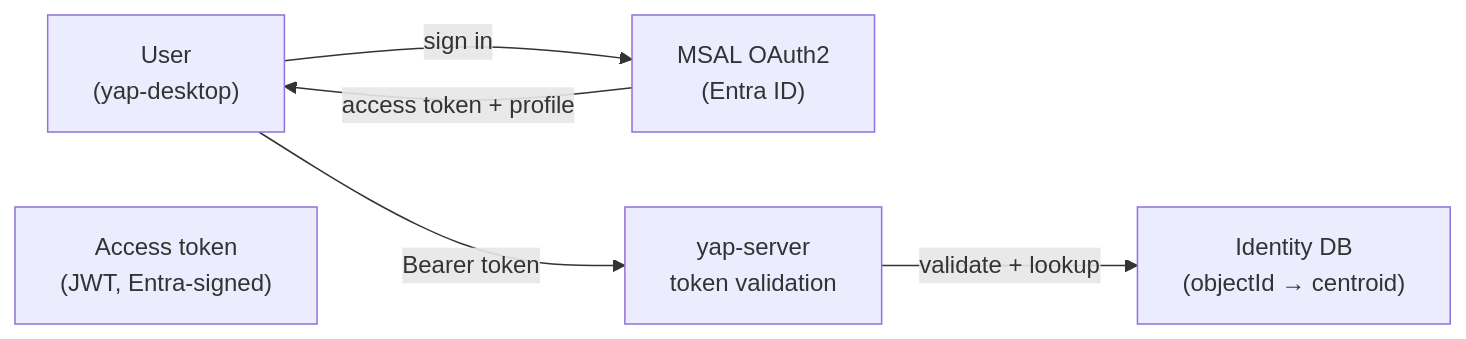
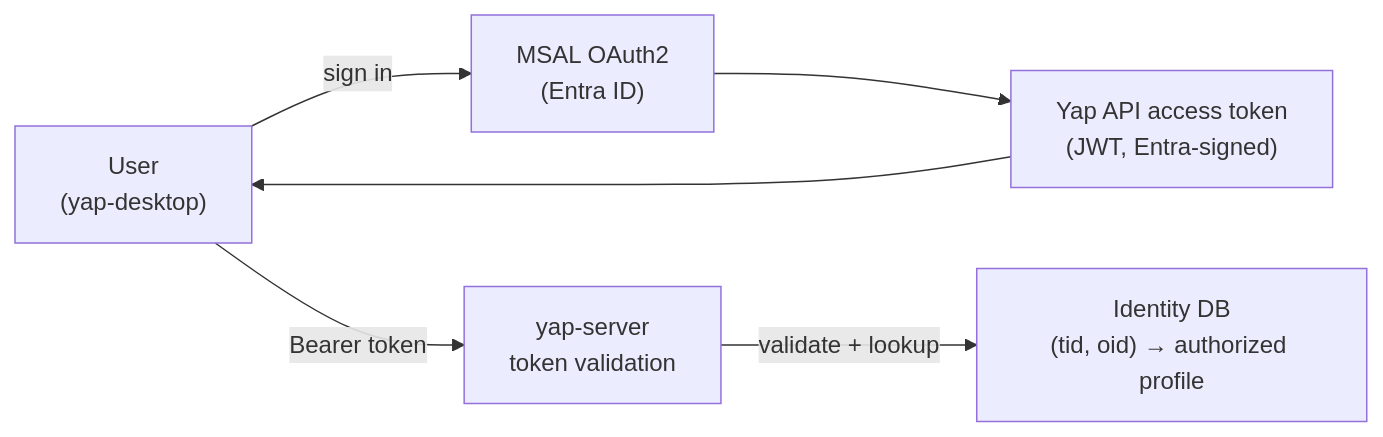
Before and after one commit to mcnatg1/yap: the diagram in docs/adr/0016-auth-identity-bridge.md, drawn with Mermaid. The commit also changed other lines of this file and 16 other files, not shown here.

Commit message:
docs: define source-aware diarization architecture

````diff
--- a/docs/adr/0016-auth-identity-bridge.md
+++ b/docs/adr/0016-auth-identity-bridge.md
@@ -23,13 +25,13 @@
 ```mermaid
 flowchart LR
     User["User\n(yap-desktop)"]
     MSAL["MSAL OAuth2\n(Entra ID)"]
-    Token["Access token\n(JWT, Entra-signed)"]
+    Token["Yap API access token\n(JWT, Entra-signed)"]
     Server["yap-server\ntoken validation"]
-    DB["Identity DB\n(objectId → centroid)"]
+    DB["Identity DB\n(tid, oid) → authorized profile"]
 
     User -->|"sign in"| MSAL
-    MSAL -->|"access token + profile"| User
+    MSAL --> Token --> User
     User -->|"Bearer token"| Server
     Server -->|"validate + lookup"| DB
 ```
````
